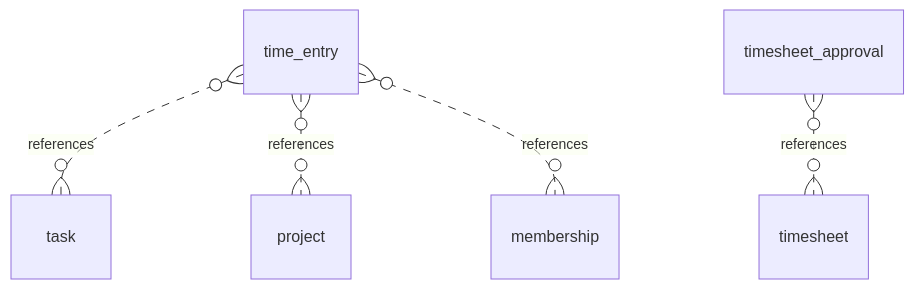
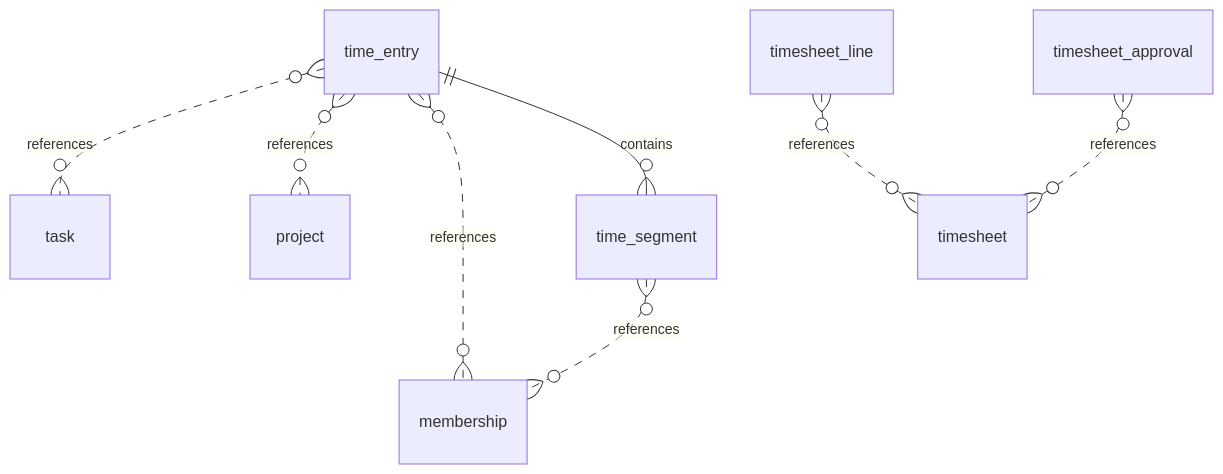
Diagram 16 of 30 in docs/architecture/data/generated/er-diagrams.md (KatrielMoses/pm), drawn with Mermaid before and after one commit. The commit also changed 20 other files, not shown here.

````diff
--- a/docs/architecture/data/generated/er-diagrams.md
+++ b/docs/architecture/data/generated/er-diagrams.md
@@ -236,7 +236,10 @@
 ```mermaid
 erDiagram
   time_entry }o..o{ task : "references"
   time_entry }o..o{ project : "references"
   time_entry }o..o{ membership : "references"
+  time_entry ||--o{ time_segment : "contains"
+  time_segment }o..o{ membership : "references"
+  timesheet_line }o..o{ timesheet : "references"
   timesheet_approval }o..o{ timesheet : "references"
 ```
````
